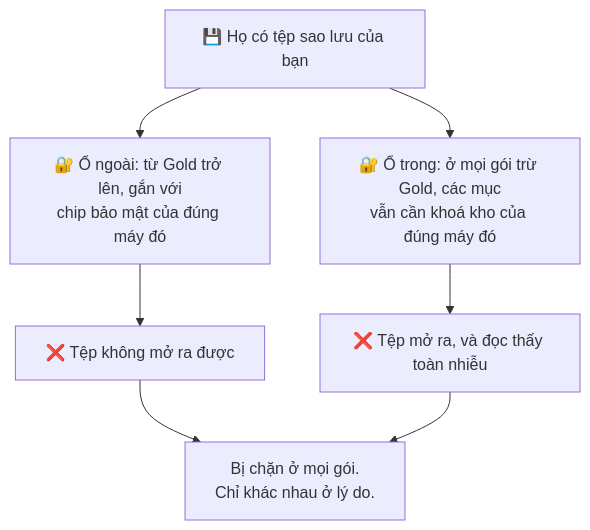
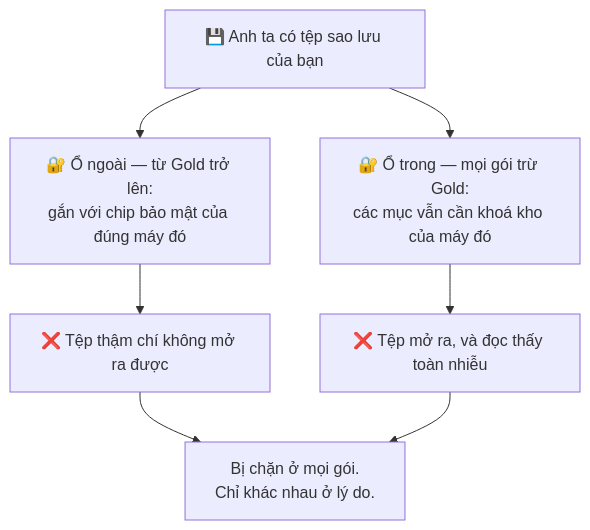
The sixth of 11 diagrams in i18n/vi/docusaurus-plugin-content-docs/current/attack-scenarios.md (TuPhung369/passwordepic-website), drawn with Mermaid before and after one commit. The commit also changed other lines of this file and 6 other files, not shown here.

````diff
--- a/i18n/vi/docusaurus-plugin-content-docs/current/attack-scenarios.md
+++ b/i18n/vi/docusaurus-plugin-content-docs/current/attack-scenarios.md
@@ -168,9 +287,9 @@
 ```mermaid
 flowchart TD
-  A["💾 Họ có tệp sao lưu của bạn"] --> B["🔐 Ổ ngoài: từ Gold trở lên, gắn với<br/>chip bảo mật của đúng máy đó"]
-  A --> C["🔐 Ổ trong: ở mọi gói trừ Gold, các mục<br/>vẫn cần khoá kho của đúng máy đó"]
-  B --> D["❌ Tệp không mở ra được"]
+  A["💾 Anh ta có tệp sao lưu của bạn"] --> B["🔐 Ổ ngoài — từ Gold trở lên:<br/>gắn với chip bảo mật của đúng máy đó"]
+  A --> C["🔐 Ổ trong — mọi gói trừ Gold:<br/>các mục vẫn cần khoá kho của máy đó"]
+  B --> D["❌ Tệp thậm chí không mở ra được"]
   C --> E["❌ Tệp mở ra, và đọc thấy toàn nhiễu"]
   D --> F["Bị chặn ở mọi gói.<br/>Chỉ khác nhau ở lý do."]
   E --> F
 ```
````
